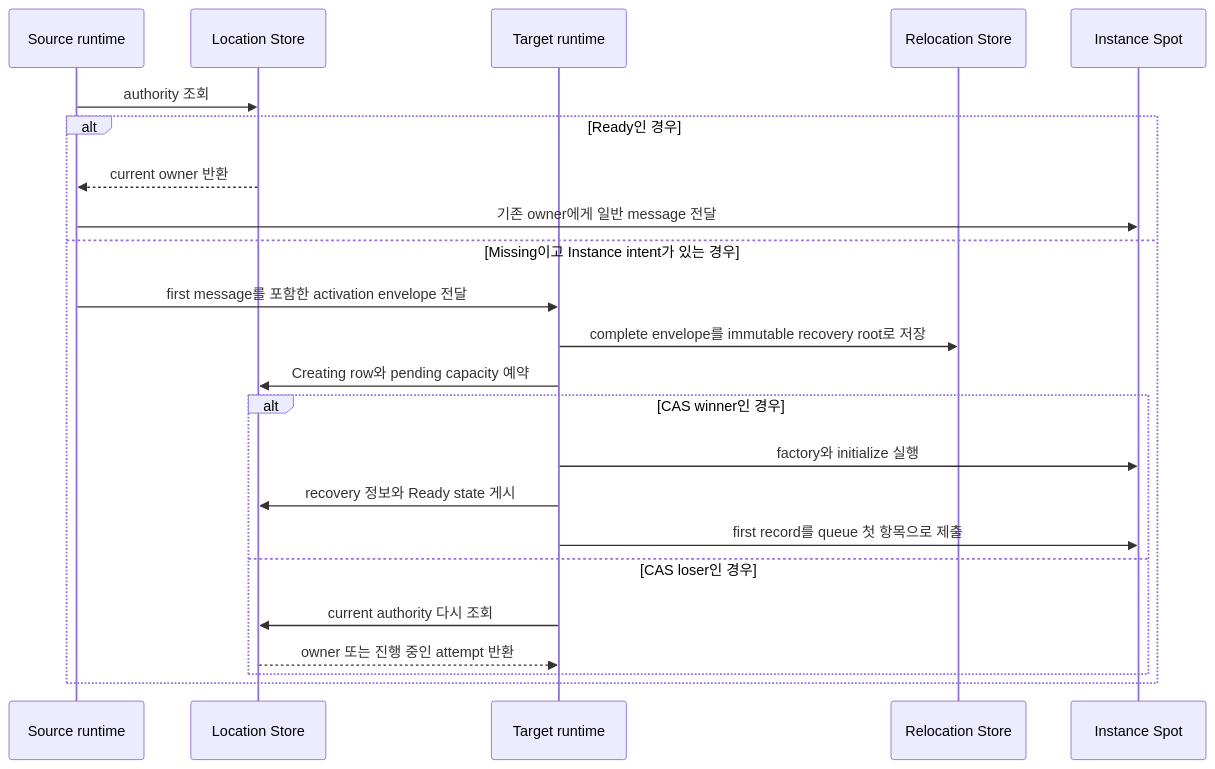
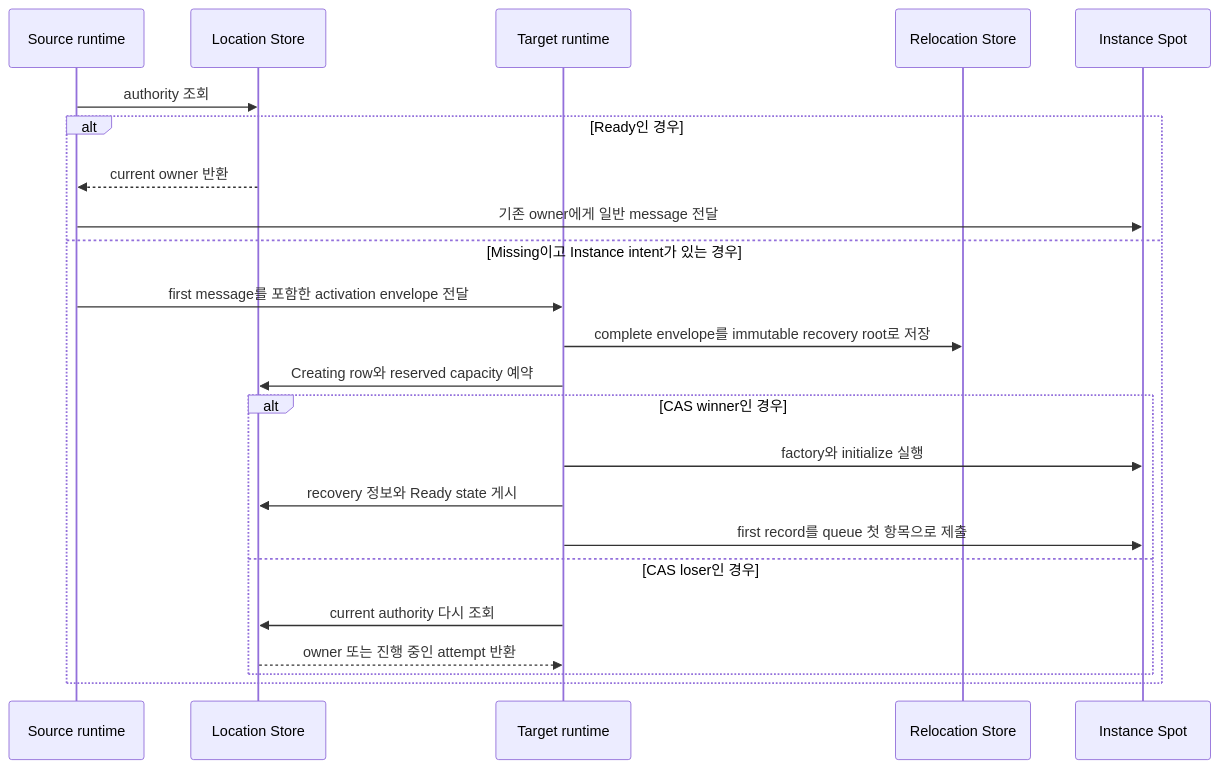
Before and after one commit to kairos-code-dev/zlink: the diagram in framework/doc/framework/common/spec/server/languages/node/interfaces/04-spots.ko.md, drawn with Mermaid. The commit also changed other lines of this file and 385 other files, not shown here.

````diff
--- a/framework/doc/framework/common/spec/server/languages/node/interfaces/04-spots.ko.md
+++ b/framework/doc/framework/common/spec/server/languages/node/interfaces/04-spots.ko.md
@@ -276,26 +282,26 @@
 ```mermaid
 sequenceDiagram
     participant S as Source runtime
     participant L as Location Store
     participant T as Target runtime
     participant R as Relocation Store
     participant I as Instance Spot
 
     S->>L: authority 조회
     alt Ready인 경우
         L-->>S: current owner 반환
         S->>I: 기존 owner에게 일반 message 전달
     else Missing이고 Instance intent가 있는 경우
         S->>T: first message를 포함한 activation envelope 전달
         T->>R: complete envelope를 immutable recovery root로 저장
-        T->>L: Creating row와 pending capacity 예약
+        T->>L: Creating row와 reserved capacity 예약
         alt CAS winner인 경우
             T->>I: factory와 initialize 실행
             T->>L: recovery 정보와 Ready state 게시
             T->>I: first record를 queue 첫 항목으로 제출
         else CAS loser인 경우
             T->>L: current authority 다시 조회
             L-->>T: owner 또는 진행 중인 attempt 반환
         end
     end
 ```
````
